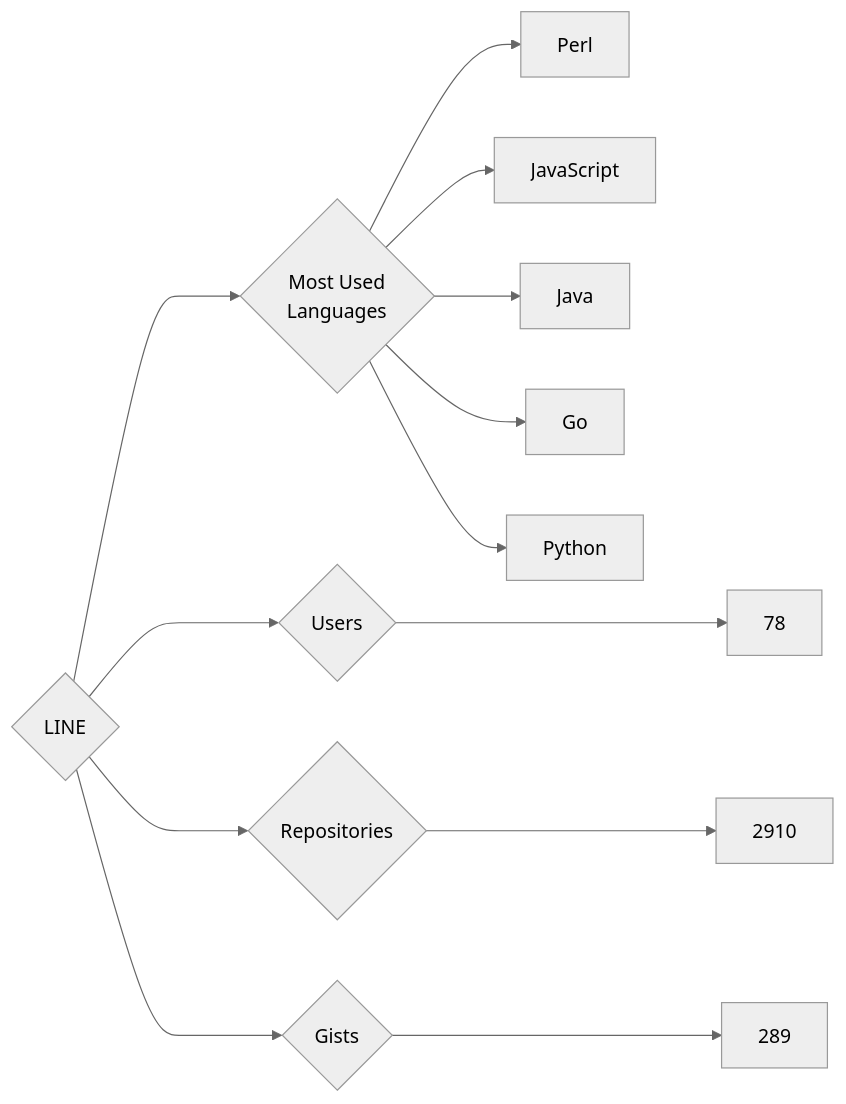
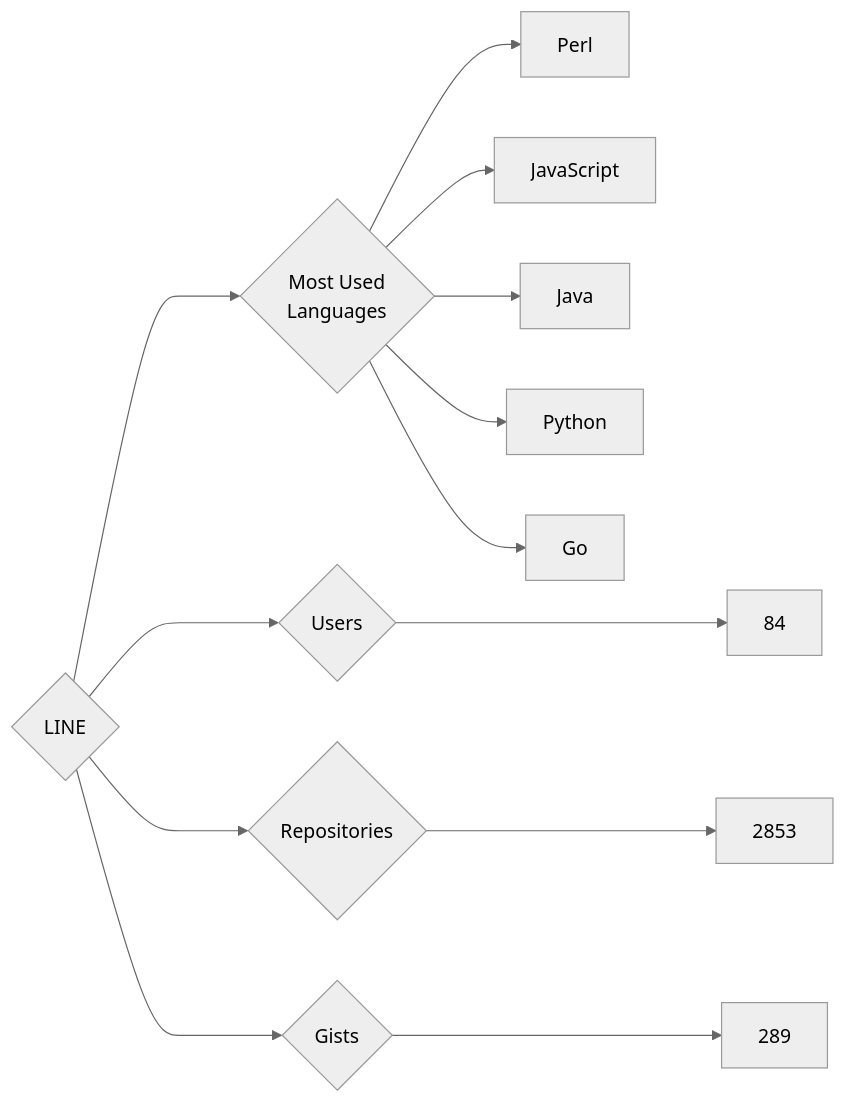
One commit to trickest/insiders changed the diagram in targets/LINE/README.md. Above: the diagram before and after it, drawn with Mermaid (neutral theme). The commit also changed 965 other files, not shown here.

````diff
--- a/targets/LINE/README.md
+++ b/targets/LINE/README.md
@@ -3,13 +3,13 @@
 ```mermaid
 graph LR
 COMPANY_NAME{LINE}
-COMPANY_NAME ---> U{Users} ---> UN[78]
-COMPANY_NAME ---> R{Repositories} ---> RN[2910]
+COMPANY_NAME ---> U{Users} ---> UN[84]
+COMPANY_NAME ---> R{Repositories} ---> RN[2853]
 COMPANY_NAME ---> G{Gists} ---> GN[289]
 COMPANY_NAME ---> ML{Most Used<br>Languages}
 ML --> Perl[Perl]
 ML --> JavaScript[JavaScript]
 ML --> Java[Java]
+ML --> Python[Python]
 ML --> Go[Go]
-ML --> Python[Python]
 ```
````
